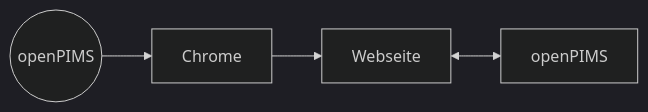
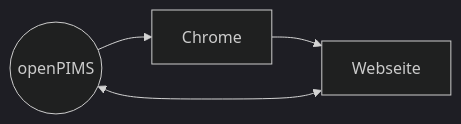
Before and after one commit to openpims/openpims: the first of 3 diagrams in README.md, drawn with Mermaid (dark theme).

````diff
--- a/README.md
+++ b/README.md
@@ -8,6 +8,6 @@
 ```mermaid
   graph LR;
       A((openPIMS))-->Chrome;
       Chrome-->Webseite;
-      Webseite<-->openPIMS;
+      Webseite<-->A;
 ```
````
